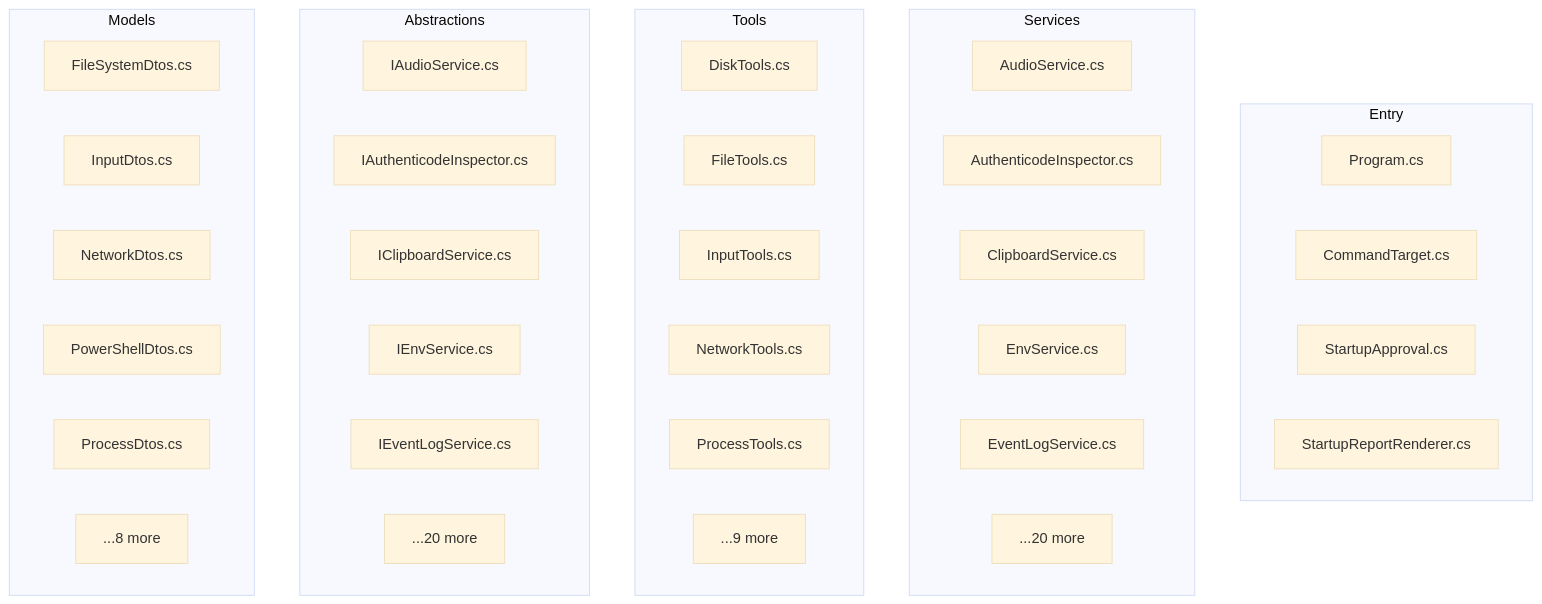
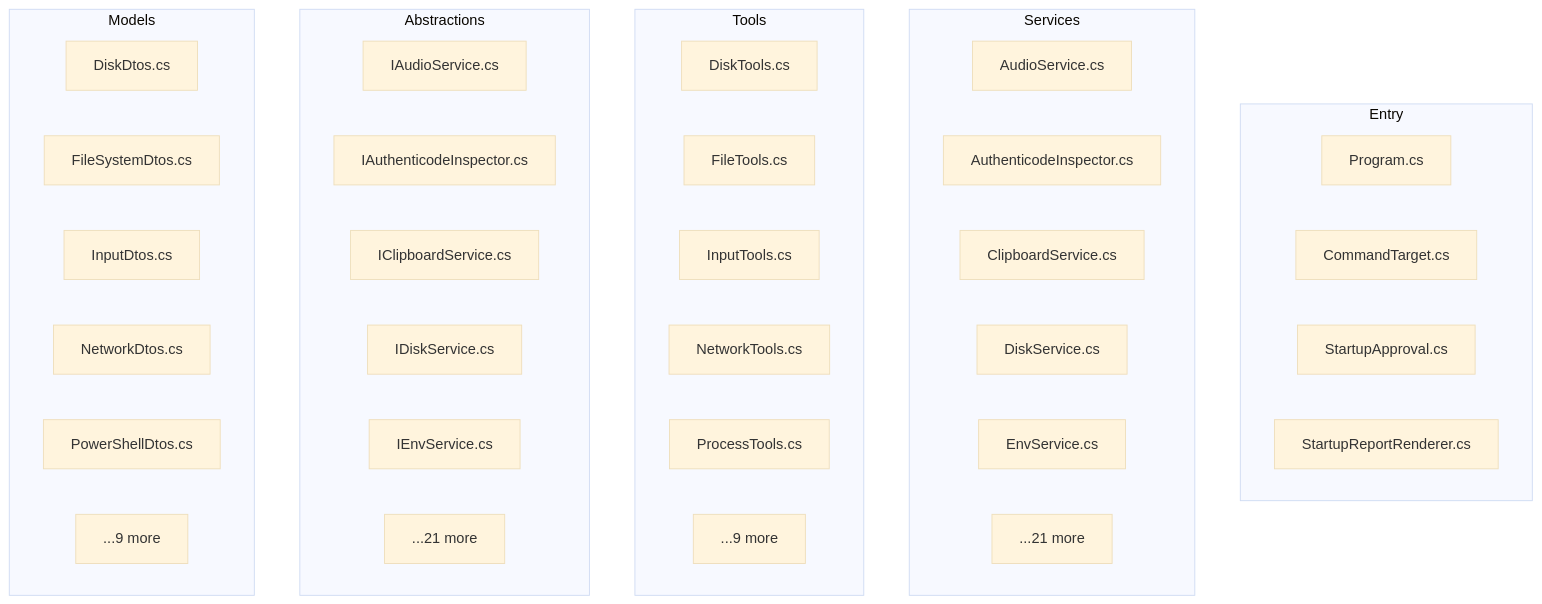
Before and after one commit to Steven23456/Windows-mcp: the diagram in docs/architecture/DEPENDENCY_GRAPH.md, drawn with Mermaid (base theme). The commit also changed other lines of this file and 14 other files, not shown here.

First line of the commit message:
refactor(disk): extract IDiskService; fix reclaimable PS7 bug (R1)

````diff
--- a/docs/architecture/DEPENDENCY_GRAPH.md
+++ b/docs/architecture/DEPENDENCY_GRAPH.md
@@ -1291,46 +1329,46 @@
 ```mermaid
 graph TD
     subgraph Entry
         N0[Program.cs]
         N1[CommandTarget.cs]
         N2[StartupApproval.cs]
         N3[StartupReportRenderer.cs]
     end
 
     subgraph Services
         N4[AudioService.cs]
         N5[AuthenticodeInspector.cs]
         N6[ClipboardService.cs]
-        N7[EnvService.cs]
-        N8[EventLogService.cs]
-        N9[...20 more]
+        N7[DiskService.cs]
+        N8[EnvService.cs]
+        N9[...21 more]
     end
 
     subgraph Tools
         N10[DiskTools.cs]
         N11[FileTools.cs]
         N12[InputTools.cs]
         N13[NetworkTools.cs]
         N14[ProcessTools.cs]
         N15[...9 more]
     end
 
     subgraph Abstractions
         N16[IAudioService.cs]
         N17[IAuthenticodeInspector.cs]
         N18[IClipboardService.cs]
-        N19[IEnvService.cs]
-        N20[IEventLogService.cs]
-        N21[...20 more]
+        N19[IDiskService.cs]
+        N20[IEnvService.cs]
+        N21[...21 more]
     end
 
     subgraph Models
-        N22[FileSystemDtos.cs]
-        N23[InputDtos.cs]
-        N24[NetworkDtos.cs]
-        N25[PowerShellDtos.cs]
-        N26[ProcessDtos.cs]
-        N27[...8 more]
+        N22[DiskDtos.cs]
+        N23[FileSystemDtos.cs]
+        N24[InputDtos.cs]
+        N25[NetworkDtos.cs]
+        N26[PowerShellDtos.cs]
+        N27[...9 more]
     end
 
 ```
````
